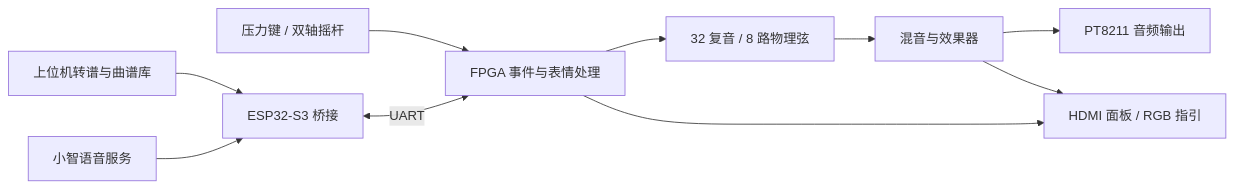
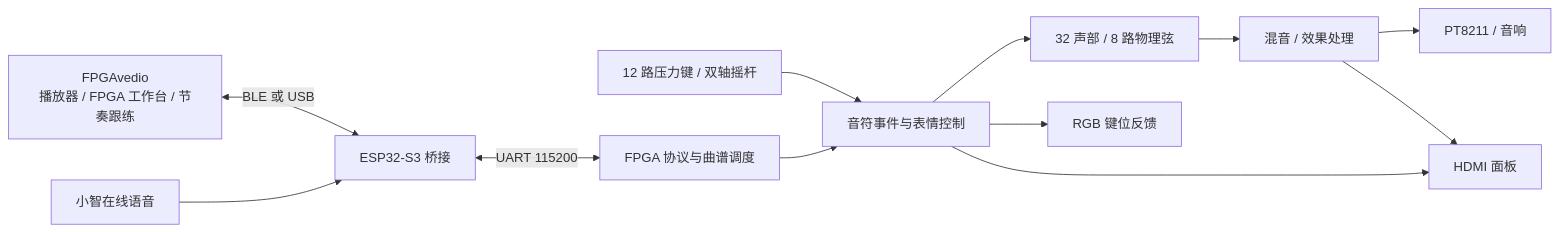
Before and after one commit to hckwhr/fpga-instrument: the diagram in README.md, drawn with Mermaid. The commit also changed other lines of this file and 12 other files, not shown here.

Commit message:
docs(portfolio): present instrument architecture and resume evidence

````diff
--- a/README.md
+++ b/README.md
@@ -13,12 +28,14 @@
 ```mermaid
 flowchart LR
-    A[压力键 / 双轴摇杆] --> B[FPGA 事件与表情处理]
-    P[上位机转谱与曲谱库] --> E[ESP32-S3 桥接]
-    V[小智语音服务] --> E
-    E <-->|UART| B
-    B --> C[32 复音 / 8 路物理弦]
-    C --> D[混音与效果器]
-    D --> F[PT8211 音频输出]
-    B --> H[HDMI 面板 / RGB 指引]
-    D --> H
+    K["12 路压力键 / 双轴摇杆"] --> E["音符事件与表情控制"]
+    H["FPGAvedio<br/>播放器 / FPGA 工作台 / 节奏跟练"] <-->|BLE 或 USB| S["ESP32-S3 桥接"]
+    V["小智在线语音"] --> S
+    S <-->|UART 115200| U["FPGA 协议与曲谱调度"]
+    U --> E
+    E --> P["32 声部 / 8 路物理弦"]
+    P --> M["混音 / 效果处理"]
+    M --> D["PT8211 / 音响"]
+    E --> R["RGB 键位反馈"]
+    E --> F["HDMI 面板"]
+    M --> F
 ```
````
